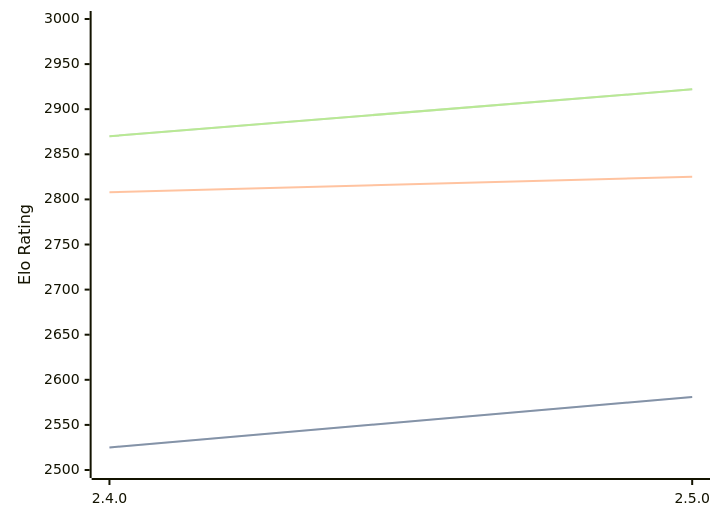
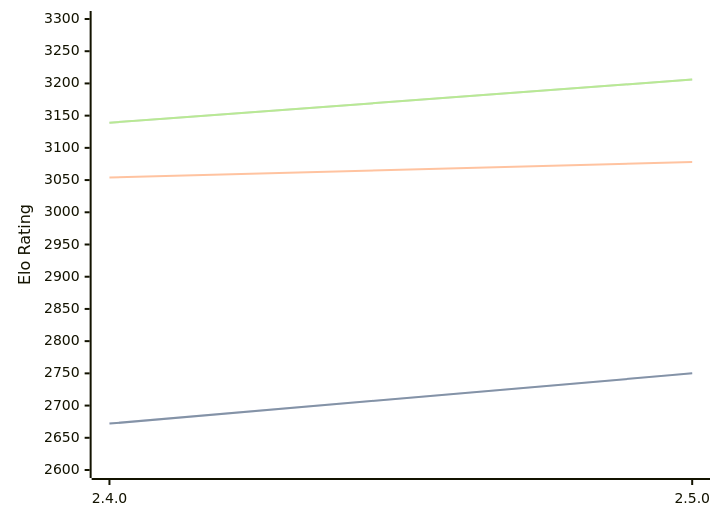
One commit to computer-chess-index/cci changed the diagram in engines/Sturddle2.md. Above: the diagram before and after it, drawn with Mermaid. The commit also changed other lines of this file, not shown here.

Commit message:
Update CCI Ratings (ELO VLTC) - 2026-02-24

````diff
--- a/engines/Sturddle2.md
+++ b/engines/Sturddle2.md
@@ -34,11 +35,11 @@
 ```mermaid
 %%{init: {"theme":"base","themeVariables":{"seriesColors:['#a3a3a3','#222221','#faa371']}}}%%
 xychart-beta
   x-axis ["2.4.0", "2.5.0"]
-  y-axis "Elo Rating" 2500 --> 3000
-  line "STC (8.0+0.08s)" [2525, 2581]
-  line "STC (8.0+0.08s)" [2525, 2581]
-  line "LTC (60.0+0.60s)" [2808, 2825]
-  line "VLTC (2m24s+1.12s)" [2870, 2922]
-  line "VLTC (2m24s+1.12s)" [2870, 2922]
+  y-axis "Elo Rating" 2600 --> 3300
+  line "STC (8.0+0.08s)" [2672, 2750]
+  line "STC (8.0+0.08s)" [2672, 2750]
+  line "LTC (60.0+0.60s)" [3054, 3078]
+  line "VLTC (2m24s+1.12s)" [3139, 3206]
+  line "VLTC (2m24s+1.12s)" [3139, 3206]
 ```
````
